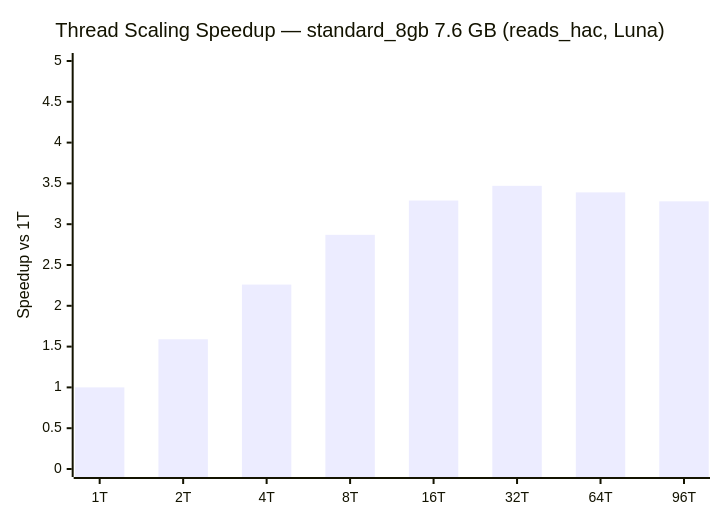
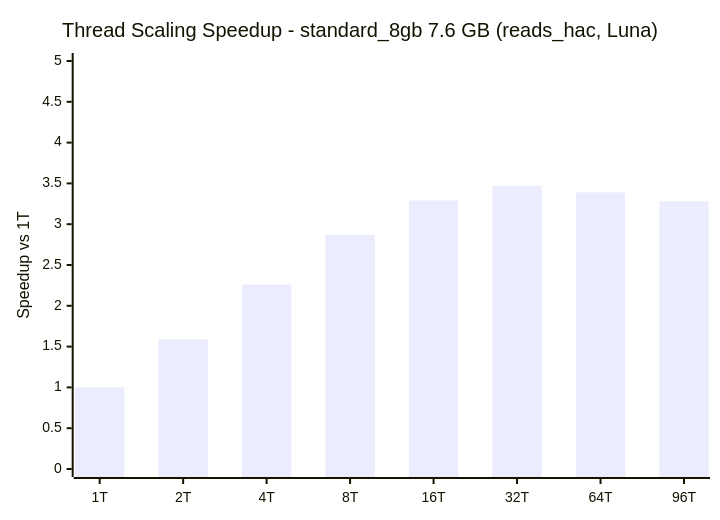
Before and after one commit to KathpaliaChirag/Nanopore-project: diagram 18 of 26 in README.md, drawn with Mermaid. The commit also changed other lines of this file and 4 other files, not shown here.

````diff
--- a/README.md
+++ b/README.md
@@ -691,7 +726,7 @@
 ```mermaid
 xychart-beta
-    title "Thread Scaling Speedup — standard_8gb 7.6 GB (reads_hac, Luna)"
+    title "Thread Scaling Speedup - standard_8gb 7.6 GB (reads_hac, Luna)"
     x-axis ["1T", "2T", "4T", "8T", "16T", "32T", "64T", "96T"]
     y-axis "Speedup vs 1T" 0 --> 5
     bar [1.0, 1.59, 2.26, 2.87, 3.29, 3.47, 3.39, 3.28]
 ```
````
